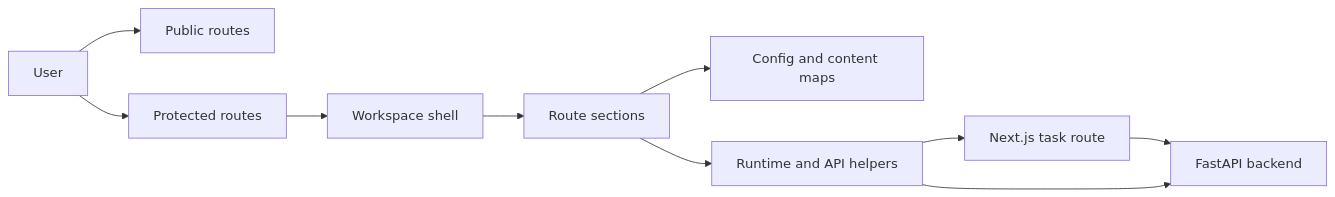
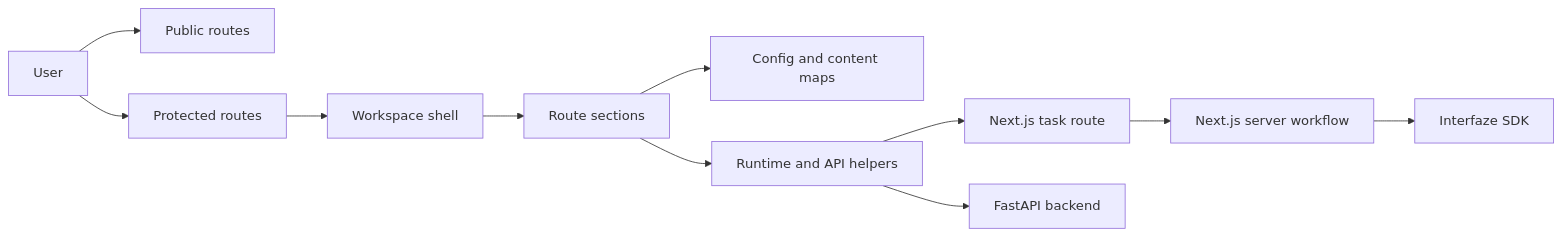
Before and after one commit to eqan/Interfaze-Project: the first of 9 diagrams in frontend/ARCHITECTURE.md, drawn with Mermaid. The commit also changed other lines of this file and 14 other files, not shown here.

````diff
--- a/frontend/ARCHITECTURE.md
+++ b/frontend/ARCHITECTURE.md
@@ -7,22 +7,25 @@
 ```mermaid
 flowchart LR
     User[User]
     PublicRoutes[Public routes]
     ProtectedRoutes[Protected routes]
     Shell[Workspace shell]
     Sections[Route sections]
     Config[Config and content maps]
     Runtime[Runtime and API helpers]
     TaskRoute[Next.js task route]
+    TaskServer[Next.js server workflow]
+    Interfaze[Interfaze SDK]
     Backend[FastAPI backend]
 
     User --> PublicRoutes
     User --> ProtectedRoutes
     ProtectedRoutes --> Shell
     Shell --> Sections
     Sections --> Config
     Sections --> Runtime
     Runtime --> TaskRoute
-    TaskRoute --> Backend
+    TaskRoute --> TaskServer
+    TaskServer --> Interfaze
     Runtime --> Backend
 ```
````
